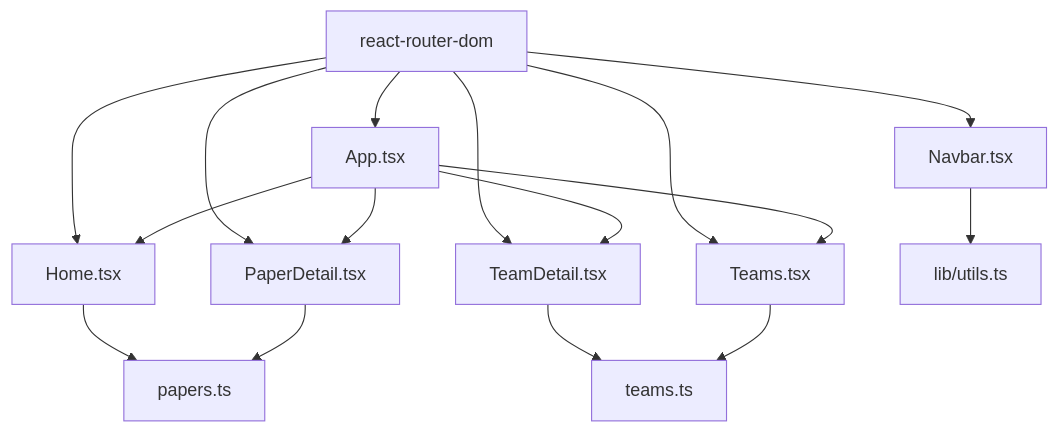
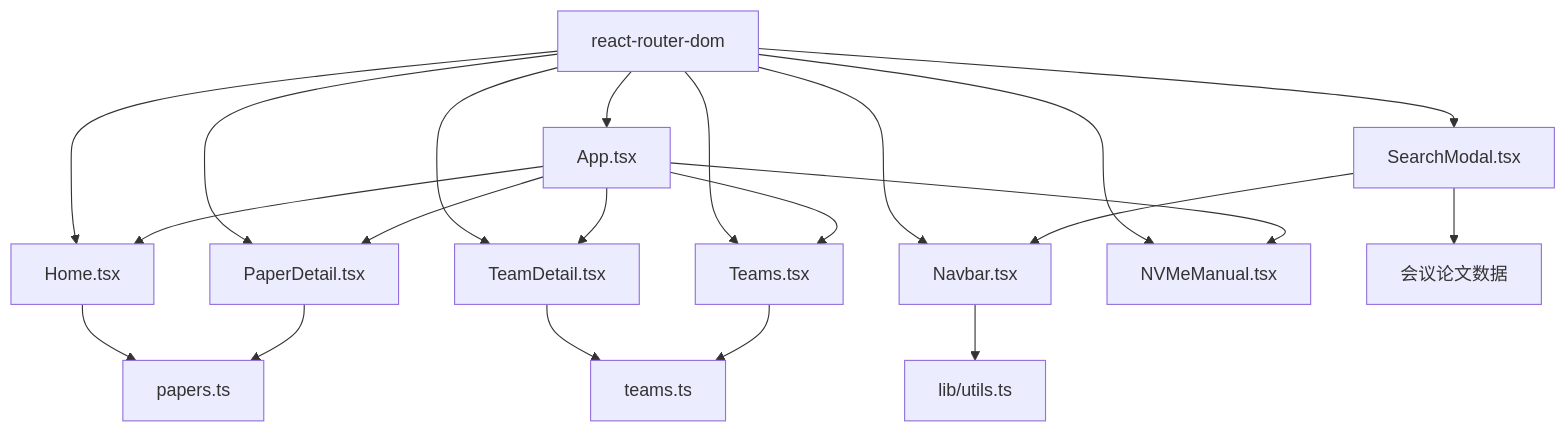
Before and after one commit to erikliu123/storage_ai_blog: the fourth of 4 diagrams in .qoder/repowiki/zh/content/架构设计/路由系统设计.md, drawn with Mermaid. The commit also changed other lines of this file and 61 other files, not shown here.

````diff
--- a/.qoder/repowiki/zh/content/架构设计/路由系统设计.md
+++ b/.qoder/repowiki/zh/content/架构设计/路由系统设计.md
@@ -247,18 +306,23 @@
 ```mermaid
 graph TB
 RR["react-router-dom"] --> APP["App.tsx"]
 RR --> NAV["Navbar.tsx"]
+RR --> SEARCH["SearchModal.tsx"]
 RR --> HOME["Home.tsx"]
 RR --> PAPER["PaperDetail.tsx"]
 RR --> TEAM["TeamDetail.tsx"]
 RR --> TEAMS["Teams.tsx"]
+RR --> NVME["NVMeManual.tsx"]
 APP --> HOME
 APP --> PAPER
 APP --> TEAM
 APP --> TEAMS
+APP --> NVME
 HOME --> PAPERS["papers.ts"]
 PAPER --> PAPERS
 TEAM --> TEAMS_DATA["teams.ts"]
 TEAMS --> TEAMS_DATA
 NAV --> UTILS["lib/utils.ts"]
+SEARCH --> NAV
+SEARCH --> CONFERENCES["会议论文数据"]
 ```
````
